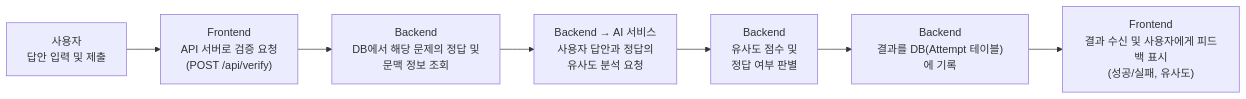
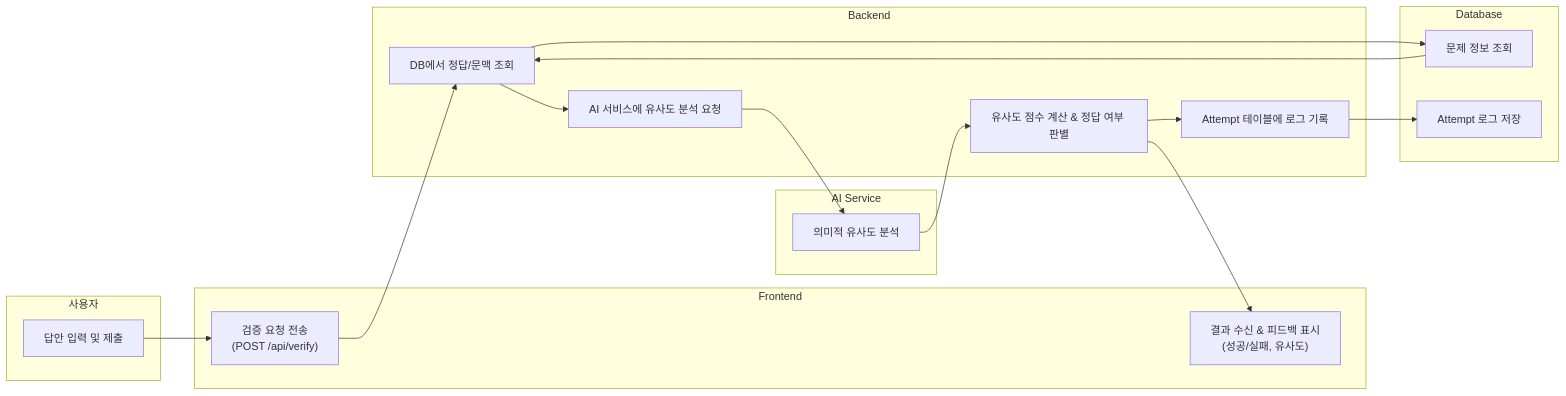
The diagram in dataflow.md (himchannnn/context_hunter), drawn with Mermaid before and after one commit. The commit also changed other lines of this file, not shown here.

````diff
--- a/dataflow.md
+++ b/dataflow.md
@@ -1,21 +1,44 @@
 ```mermaid
 flowchart LR
 
-    %% 노드 정의
-    User["사용자<br>답안 입력 및 제출"]
+    %% Subgraph(영역 구분)
+    subgraph USER["사용자"]
+        U_Input["답안 입력 및 제출"]
+    end
 
-    FE_Request["Frontend<br>API 서버로 검증 요청<br>(POST /api/verify)"]
+    subgraph FRONTEND["Frontend"]
+        FE_Request["검증 요청 전송<br>(POST /api/verify)"]
+        FE_Response["결과 수신 & 피드백 표시<br>(성공/실패, 유사도)"]
+    end
 
-    BE_Query["Backend<br>DB에서 해당 문제의 정답 및<br>문맥 정보 조회"]
+    subgraph BACKEND["Backend"]
+        BE_Query["DB에서 정답/문맥 조회"]
+        BE_AI["AI 서비스에 유사도 분석 요청"]
+        BE_Judge["유사도 점수 계산 & 정답 여부 판별"]
+        BE_Log["Attempt 테이블에 로그 기록"]
+    end
 
-    BE_AI["Backend → AI 서비스<br>사용자 답안과 정답의<br>유사도 분석 요청"]
+    subgraph DB["Database"]
+        DB_Question["문제 정보 조회"]
+        DB_Attempt["Attempt 로그 저장"]
+    end
 
-    BE_Judge["Backend<br>유사도 점수 및<br>정답 여부 판별"]
-
-    BE_Log["Backend<br>결과를 DB(Attempt 테이블)에 기록"]
-
-    FE_Response["Frontend<br>결과 수신 및 사용자에게 피드백 표시<br>(성공/실패, 유사도)"]
+    subgraph AI["AI Service"]
+        AI_Sim["의미적 유사도 분석"]
+    end
 
     %% 흐름
-    User --> FE_Request --> BE_Query --> BE_AI --> BE_Judge --> BE_Log --> FE_Response
+    U_Input --> FE_Request
+    FE_Request --> BE_Query
+    BE_Query --> DB_Question
+    DB_Question --> BE_Query
+
+    BE_Query --> BE_AI
+    BE_AI --> AI_Sim
+    AI_Sim --> BE_Judge
+
+    BE_Judge --> BE_Log
+    BE_Log --> DB_Attempt
+
+    BE_Judge --> FE_Response
 ```
````
